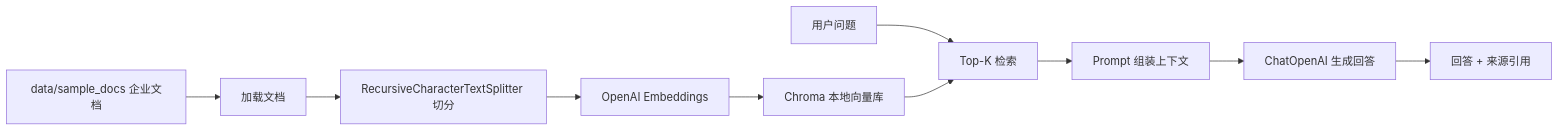
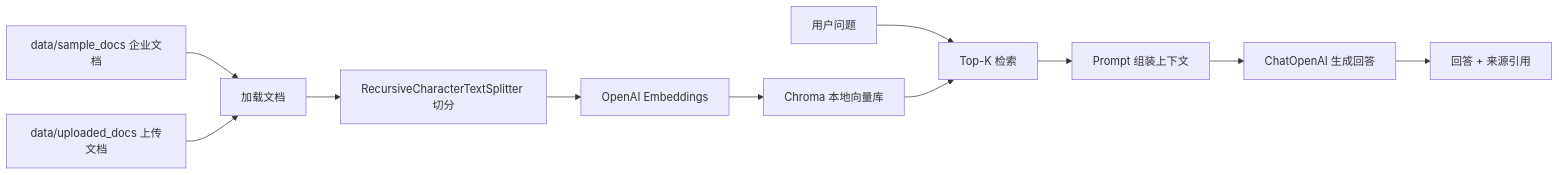
The diagram in README.md (Iamjustaboy/C-Projec), drawn with Mermaid before and after one commit. The commit also changed other lines of this file and 17 other files, not shown here.

````diff
--- a/README.md
+++ b/README.md
@@ -15,12 +16,13 @@
 ```mermaid
 flowchart LR
     A["data/sample_docs 企业文档"] --> B["加载文档"]
+    U["data/uploaded_docs 上传文档"] --> B
     B --> C["RecursiveCharacterTextSplitter 切分"]
     C --> D["OpenAI Embeddings"]
     D --> E["Chroma 本地向量库"]
     F["用户问题"] --> G["Top-K 检索"]
     E --> G
     G --> H["Prompt 组装上下文"]
     H --> I["ChatOpenAI 生成回答"]
     I --> J["回答 + 来源引用"]
 ```
````
